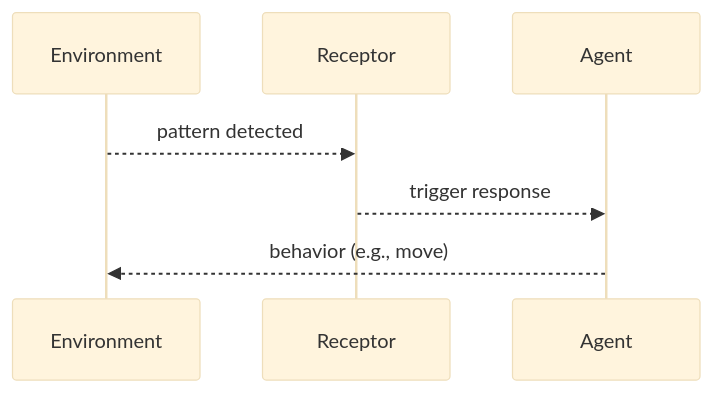
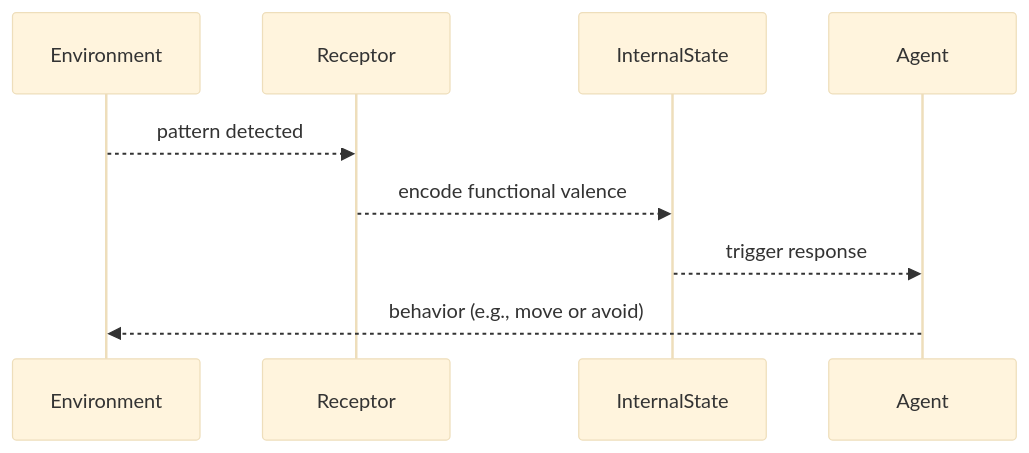
One commit to Staphylococcus/brain-from-brane changed the fifth of 8 diagrams in docs/01-pattern-realism/1a-pathway-emergence.md. Above: the diagram before and after it, drawn with Mermaid (base theme). The commit also changed other lines of this file, not shown here.

Commit message:
Split out internal agent state in the proto-semantics diagram

````diff
--- a/docs/01-pattern-realism/1a-pathway-emergence.md
+++ b/docs/01-pattern-realism/1a-pathway-emergence.md
@@ -86,6 +88,11 @@
 ```mermaid
 sequenceDiagram
-  Environment-->>Receptor: pattern detected
-  Receptor-->>Agent: trigger response
-  Agent-->>Environment: behavior (e.g., move)
+  participant Env as Environment
+  participant Rec as Receptor
+  participant Int as InternalState
+  participant Ag as Agent
+  Env-->>Rec: pattern detected
+  Rec-->>Int: encode functional valence
+  Int-->>Ag: trigger response
+  Ag-->>Env: behavior (e.g., move or avoid)
 ```
````
